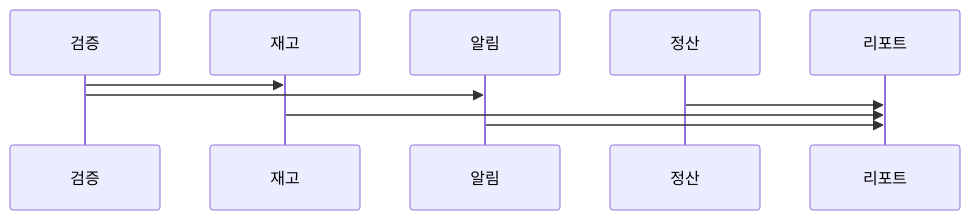
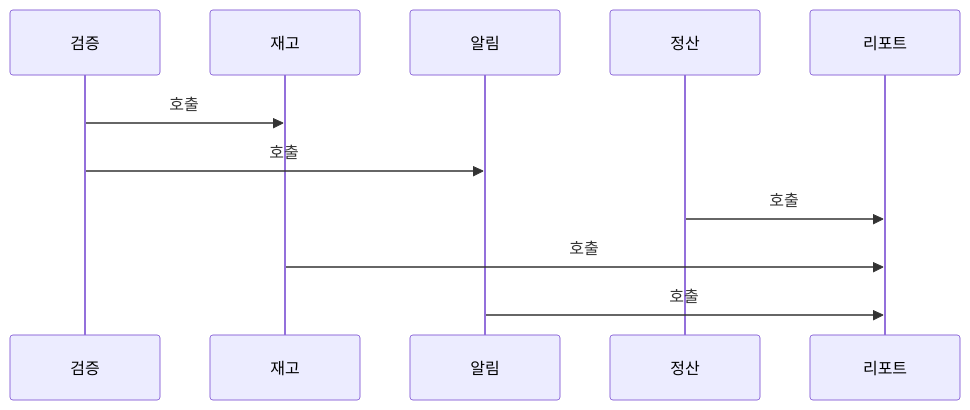
One commit to yjkim2015/yjkim2015.github.io changed the second of 6 diagrams in _posts/batch/2026-05-03-spring-batch-partitioning.md. Above: the diagram before and after it, drawn with Mermaid. The commit also changed other lines of this file and 85 other files, not shown here.

First line of the commit message:
sequenceDiagram 문법 에러 2차 수정 169개 (86파일)

````diff
--- a/_posts/batch/2026-05-03-spring-batch-partitioning.md
+++ b/_posts/batch/2026-05-03-spring-batch-partitioning.md
@@ -116,8 +116,8 @@
 ```mermaid
 sequenceDiagram
-    검증->>재고:
-    검증->>알림:
-    정산->>리포트:
-    재고->>리포트:
-    알림->>리포트:
+    검증->>재고: 호출
+    검증->>알림: 호출
+    정산->>리포트: 호출
+    재고->>리포트: 호출
+    알림->>리포트: 호출
 ```
````
